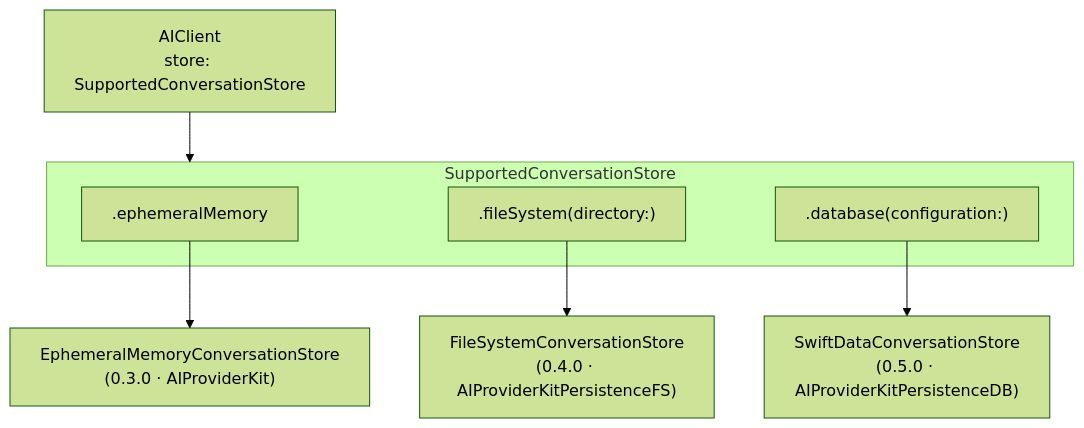
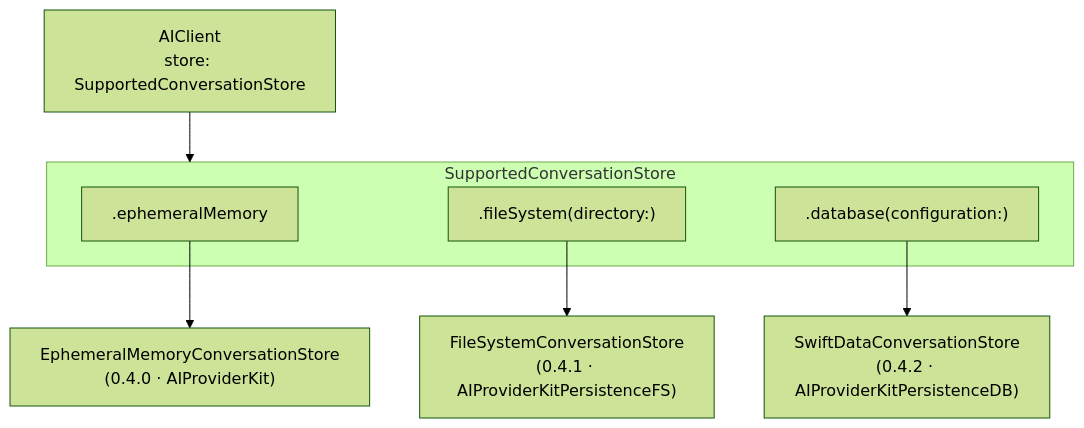
The diagram in Documentation/Issues/persistence-layer.md (molayab/swift-ai-provider-kit), drawn with Mermaid (forest theme) before and after one commit. The commit also changed other lines of this file and 2 other files, not shown here.

First line of the commit message:
docs: Consolidate persistence layer into 0.4.x milestone series (#15)

````diff
--- a/Documentation/Issues/persistence-layer.md
+++ b/Documentation/Issues/persistence-layer.md
@@ -34,16 +34,16 @@
 ```mermaid
 graph TD
     AIClient["AIClient\nstore: SupportedConversationStore"]
 
     subgraph SupportedConversationStore
         EM[".ephemeralMemory"]
         FS[".fileSystem(directory:)"]
         DB[".database(configuration:)"]
     end
 
     AIClient --> SupportedConversationStore
 
-    EM --> EMCS["EphemeralMemoryConversationStore\n(0.3.0 · AIProviderKit)"]
-    FS --> FSCS["FileSystemConversationStore\n(0.4.0 · AIProviderKitPersistenceFS)"]
-    DB --> SDCS["SwiftDataConversationStore\n(0.5.0 · AIProviderKitPersistenceDB)"]
+    EM --> EMCS["EphemeralMemoryConversationStore\n(0.4.0 · AIProviderKit)"]
+    FS --> FSCS["FileSystemConversationStore\n(0.4.1 · AIProviderKitPersistenceFS)"]
+    DB --> SDCS["SwiftDataConversationStore\n(0.4.2 · AIProviderKitPersistenceDB)"]
 ```
````
